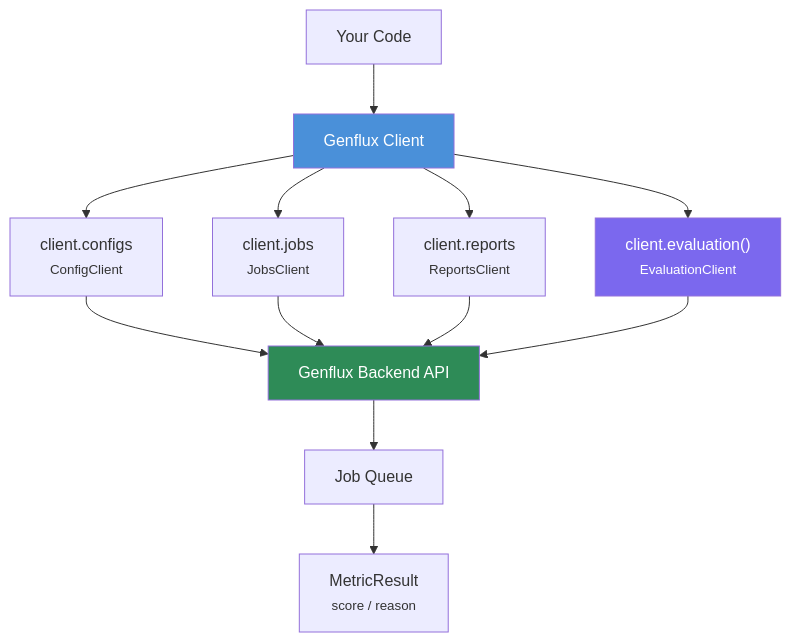
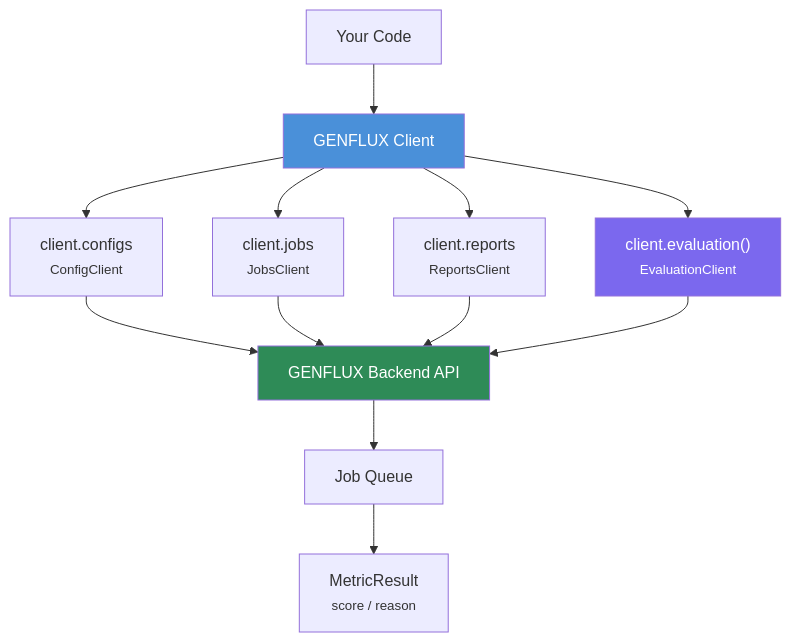
The diagram in docs/API_REFERENCE.md (elith-co-jp/genflux-python-sdk), drawn with Mermaid before and after one commit. The commit also changed other lines of this file and 3 other files, not shown here.

````diff
--- a/docs/API_REFERENCE.md
+++ b/docs/API_REFERENCE.md
@@ -48,21 +48,21 @@
 ```mermaid
 graph TB
-    User["Your Code"] --> GF["Genflux Client"]
+    User["Your Code"] --> GF["GENFLUX Client"]
 
     GF --> CC["client.configs<br/><small>ConfigClient</small>"]
     GF --> JC["client.jobs<br/><small>JobsClient</small>"]
     GF --> RC["client.reports<br/><small>ReportsClient</small>"]
     GF --> EC["client.evaluation()<br/><small>EvaluationClient</small>"]
 
-    CC --> API["Genflux Backend API"]
+    CC --> API["GENFLUX Backend API"]
     JC --> API
     RC --> API
     EC --> API
 
     API --> Queue["Job Queue"]
     Queue --> Result["MetricResult<br/><small>score / reason</small>"]
 
     style GF fill:#4A90D9,color:#fff
     style EC fill:#7B68EE,color:#fff
     style API fill:#2E8B57,color:#fff
 ```
````
